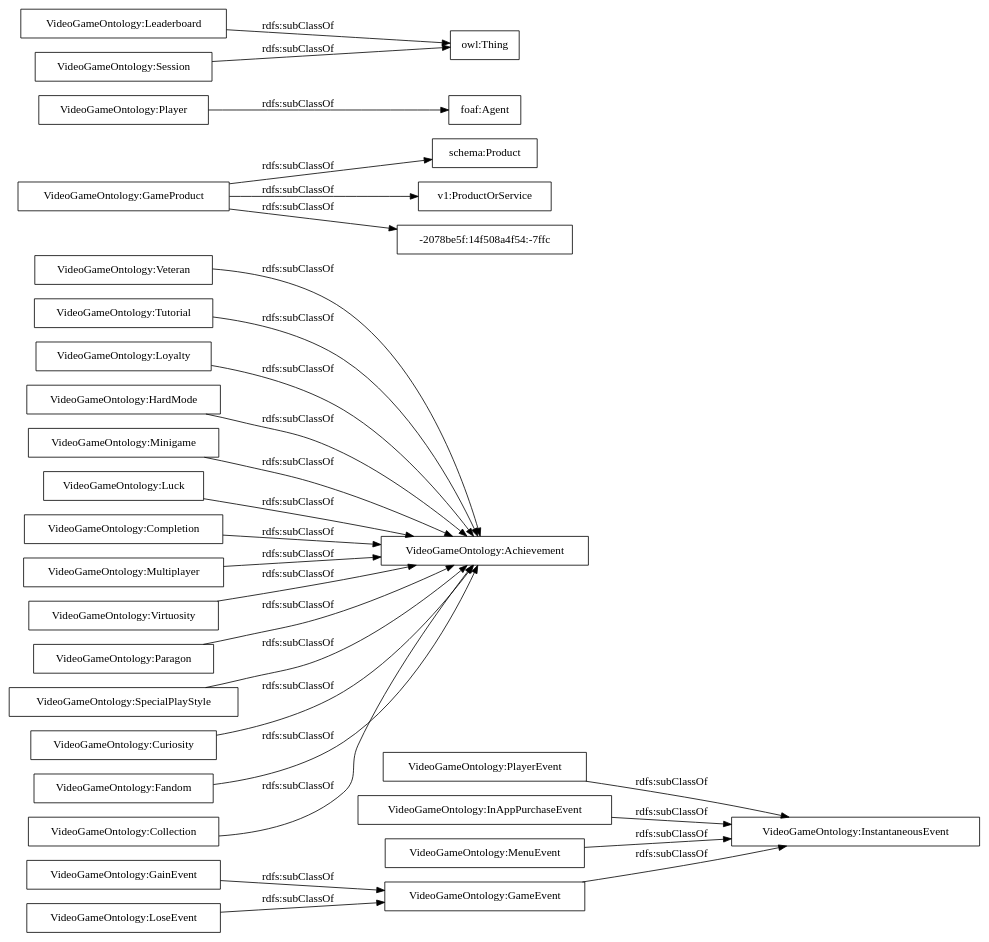
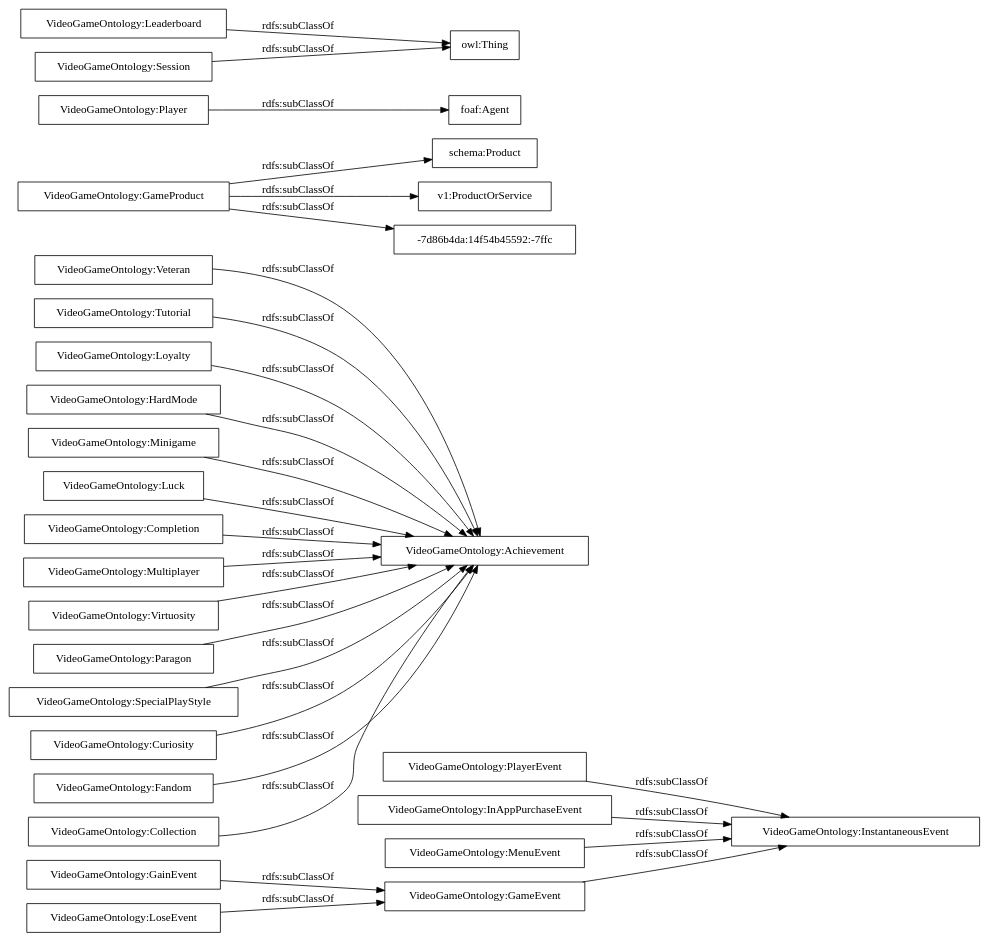
The diagram in OnToology/VGODocumentation/GameOntologyv3.owl/diagrams/ar2dtool-taxonomy/GameOntologyv3.owl.png.dot (dgarijo/VideoGameOntology), drawn with Graphviz before and after one commit. The commit also changed 107 other files, not shown here.

```diff
--- a/OnToology/VGODocumentation/GameOntologyv3.owl/diagrams/ar2dtool-taxonomy/GameOntologyv3.owl.png.dot
+++ b/OnToology/VGODocumentation/GameOntologyv3.owl/diagrams/ar2dtool-taxonomy/GameOntologyv3.owl.png.dot
@@ -1,32 +1,32 @@
 digraph ar2dtool_diagram { 
 rankdir=LR;
 size="1000"
-node [shape = rectangle, color="black"]; "VideoGameOntology:GameEvent" "VideoGameOntology:Veteran" "VideoGameOntology:Achievement" "VideoGameOntology:GameProduct" "VideoGameOntology:Tutorial" "VideoGameOntology:Loyalty" "VideoGameOntology:HardMode" "foaf:Agent" "VideoGameOntology:Leaderboard" "VideoGameOntology:Minigame" "VideoGameOntology:Luck" "VideoGameOntology:Completion" "VideoGameOntology:PlayerEvent" "schema:Product" "VideoGameOntology:Multiplayer" "VideoGameOntology:Virtuosity" "VideoGameOntology:Paragon" "owl:Thing" "VideoGameOntology:Session" "VideoGameOntology:GainEvent" "VideoGameOntology:Player" "VideoGameOntology:InstantaneousEvent" "v1:ProductOrService" "VideoGameOntology:InAppPurchaseEvent" "VideoGameOntology:LoseEvent" "VideoGameOntology:SpecialPlayStyle" "VideoGameOntology:Curiosity" "-2078be5f:14f508a4f54:-7ffc" "VideoGameOntology:Fandom" "VideoGameOntology:MenuEvent" "VideoGameOntology:Collection" ; /*classes style*/
+node [shape = rectangle, color="black"]; "VideoGameOntology:GameEvent" "VideoGameOntology:Veteran" "VideoGameOntology:Achievement" "VideoGameOntology:GameProduct" "VideoGameOntology:Tutorial" "VideoGameOntology:Loyalty" "VideoGameOntology:HardMode" "foaf:Agent" "VideoGameOntology:Leaderboard" "VideoGameOntology:Minigame" "VideoGameOntology:Luck" "VideoGameOntology:Completion" "VideoGameOntology:PlayerEvent" "schema:Product" "VideoGameOntology:Multiplayer" "VideoGameOntology:Virtuosity" "VideoGameOntology:Paragon" "owl:Thing" "VideoGameOntology:Session" "VideoGameOntology:GainEvent" "VideoGameOntology:Player" "VideoGameOntology:InstantaneousEvent" "v1:ProductOrService" "VideoGameOntology:InAppPurchaseEvent" "VideoGameOntology:LoseEvent" "VideoGameOntology:SpecialPlayStyle" "VideoGameOntology:Curiosity" "-7d86b4da:14f54b45592:-7ffc" "VideoGameOntology:Fandom" "VideoGameOntology:MenuEvent" "VideoGameOntology:Collection" ; /*classes style*/
 	"VideoGameOntology:HardMode" -> "VideoGameOntology:Achievement" [ label = "rdfs:subClassOf" ];
 	"VideoGameOntology:Player" -> "foaf:Agent" [ label = "rdfs:subClassOf" ];
 	"VideoGameOntology:Virtuosity" -> "VideoGameOntology:Achievement" [ label = "rdfs:subClassOf" ];
 	"VideoGameOntology:Loyalty" -> "VideoGameOntology:Achievement" [ label = "rdfs:subClassOf" ];
 	"VideoGameOntology:Paragon" -> "VideoGameOntology:Achievement" [ label = "rdfs:subClassOf" ];
 	"VideoGameOntology:Luck" -> "VideoGameOntology:Achievement" [ label = "rdfs:subClassOf" ];
 	"VideoGameOntology:MenuEvent" -> "VideoGameOntology:InstantaneousEvent" [ label = "rdfs:subClassOf" ];
 	"VideoGameOntology:GainEvent" -> "VideoGameOntology:GameEvent" [ label = "rdfs:subClassOf" ];
 	"VideoGameOntology:SpecialPlayStyle" -> "VideoGameOntology:Achievement" [ label = "rdfs:subClassOf" ];
 	"VideoGameOntology:Tutorial" -> "VideoGameOntology:Achievement" [ label = "rdfs:subClassOf" ];
 	"VideoGameOntology:Session" -> "owl:Thing" [ label = "rdfs:subClassOf" ];
-	"VideoGameOntology:GameProduct" -> "-2078be5f:14f508a4f54:-7ffc" [ label = "rdfs:subClassOf" ];
+	"VideoGameOntology:GameProduct" -> "-7d86b4da:14f54b45592:-7ffc" [ label = "rdfs:subClassOf" ];
 	"VideoGameOntology:GameProduct" -> "schema:Product" [ label = "rdfs:subClassOf" ];
 	"VideoGameOntology:GameProduct" -> "v1:ProductOrService" [ label = "rdfs:subClassOf" ];
 	"VideoGameOntology:LoseEvent" -> "VideoGameOntology:GameEvent" [ label = "rdfs:subClassOf" ];
 	"VideoGameOntology:Collection" -> "VideoGameOntology:Achievement" [ label = "rdfs:subClassOf" ];
 	"VideoGameOntology:Leaderboard" -> "owl:Thing" [ label = "rdfs:subClassOf" ];
 	"VideoGameOntology:Veteran" -> "VideoGameOntology:Achievement" [ label = "rdfs:subClassOf" ];
 	"VideoGameOntology:Multiplayer" -> "VideoGameOntology:Achievement" [ label = "rdfs:subClassOf" ];
 	"VideoGameOntology:Fandom" -> "VideoGameOntology:Achievement" [ label = "rdfs:subClassOf" ];
 	"VideoGameOntology:Curiosity" -> "VideoGameOntology:Achievement" [ label = "rdfs:subClassOf" ];
 	"VideoGameOntology:PlayerEvent" -> "VideoGameOntology:InstantaneousEvent" [ label = "rdfs:subClassOf" ];
 	"VideoGameOntology:InAppPurchaseEvent" -> "VideoGameOntology:InstantaneousEvent" [ label = "rdfs:subClassOf" ];
 	"VideoGameOntology:Completion" -> "VideoGameOntology:Achievement" [ label = "rdfs:subClassOf" ];
 	"VideoGameOntology:GameEvent" -> "VideoGameOntology:InstantaneousEvent" [ label = "rdfs:subClassOf" ];
 	"VideoGameOntology:Minigame" -> "VideoGameOntology:Achievement" [ label = "rdfs:subClassOf" ];
 
 }
```
